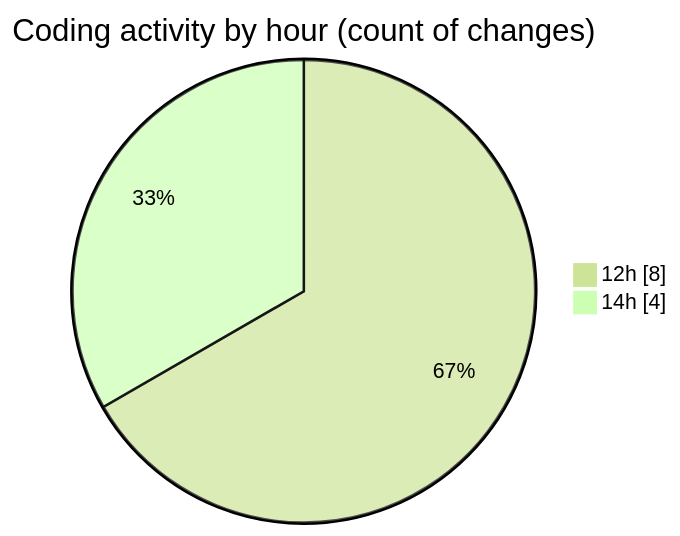
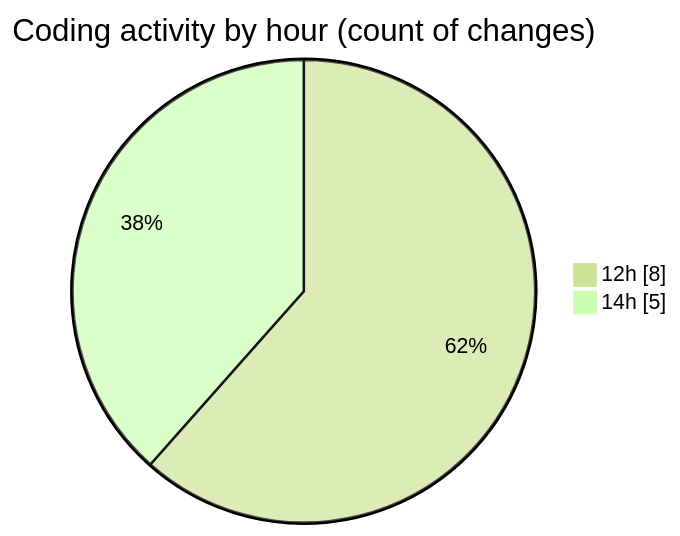
Before and after one commit to LanceThiago/code-tracking: the second of 2 diagrams in 2025-03-25/kml/README.md, drawn with Mermaid (forest theme). The commit also changed other lines of this file and 1 other file, not shown here.

````diff
--- a/2025-03-25/kml/README.md
+++ b/2025-03-25/kml/README.md
@@ -31,6 +31,6 @@
 ```mermaid
 pie showData
 title Coding activity by hour (count of changes)
 "12h" : 8
-"14h" : 4
+"14h" : 5
 ```
````
